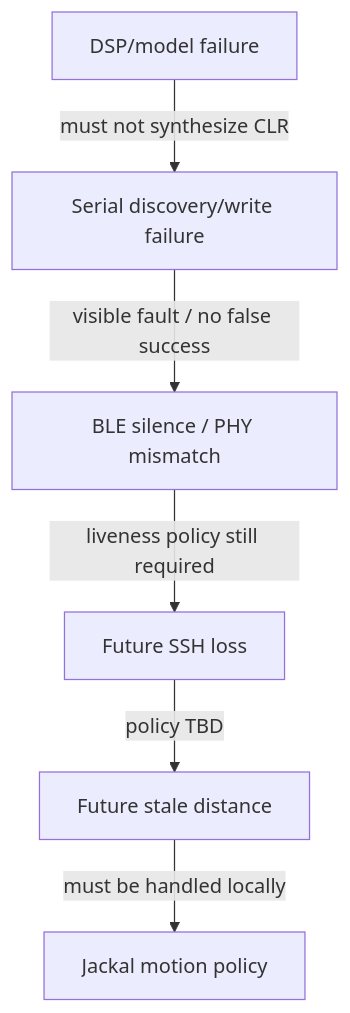
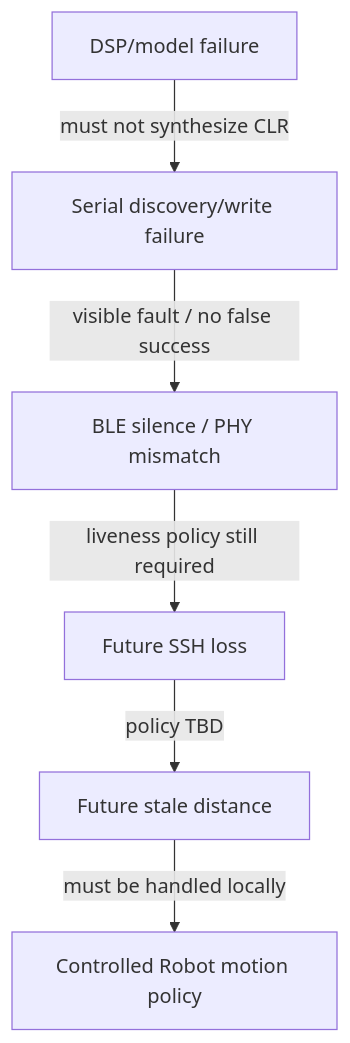
Diagram 21 of 21 in system/architecture.md (kirolossedra/RIS-Robotics), drawn with Mermaid before and after one commit. The commit also changed other lines of this file and 7 other files, not shown here.

````diff
--- a/system/architecture.md
+++ b/system/architecture.md
@@ -578,15 +593,15 @@
 ```mermaid
 flowchart TB
     DSPF[DSP/model failure]
     SERF[Serial discovery/write failure]
     BLEF[BLE silence / PHY mismatch]
     SSHF[Future SSH loss]
     DISTF[Future stale distance]
-    MOTION[Jackal motion policy]
+    MOTION[Controlled Robot motion policy]
 
     DSPF -->|must not synthesize CLR| SERF
     SERF -->|visible fault / no false success| BLEF
     BLEF -->|liveness policy still required| SSHF
     SSHF -->|policy TBD| DISTF
     DISTF -->|must be handled locally| MOTION
 ```
````
